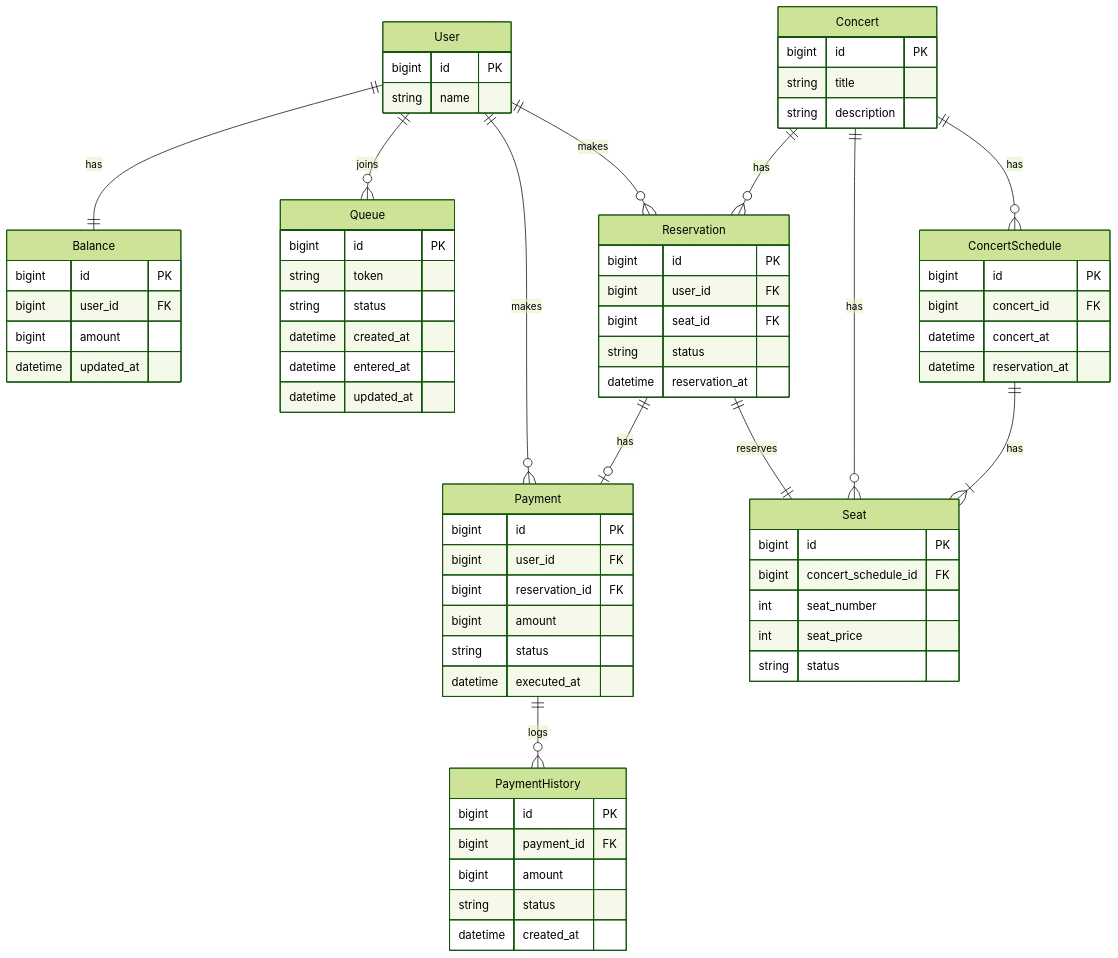
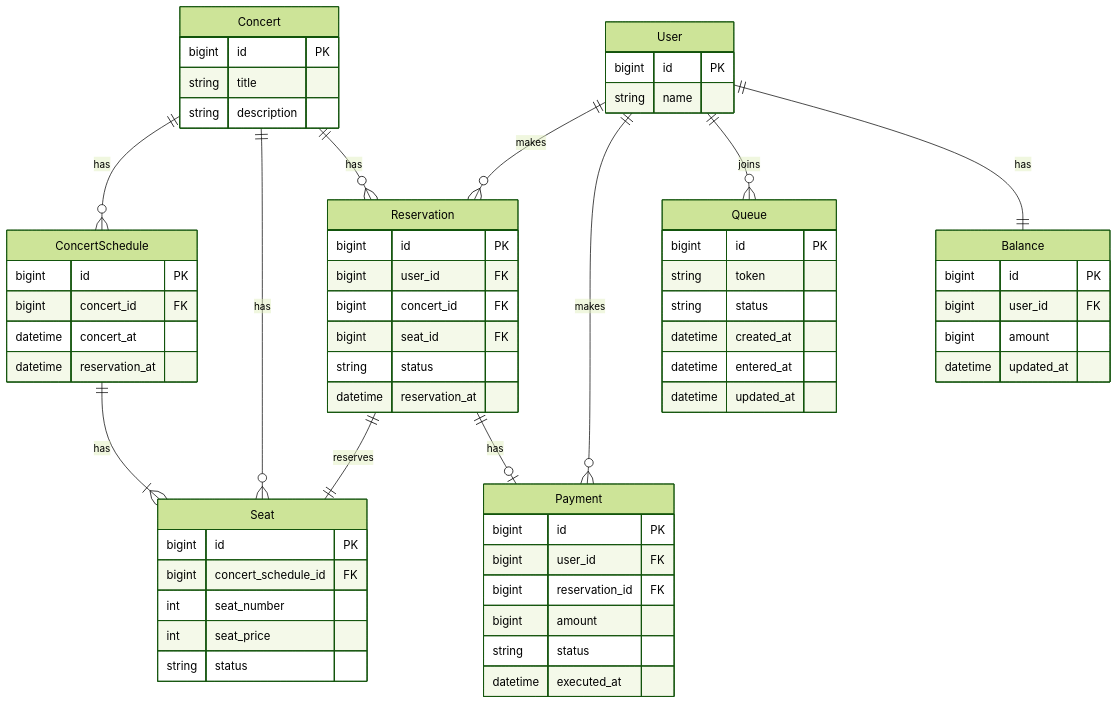
The diagram in docs/concert_erd.mmd (Scope0204/concert), drawn with Mermaid (forest theme) before and after one commit. The commit also changed 9 other files, not shown here.

First line of the commit message:
chore/docs: entity 수정 및 package 변경. ERD 변경 사항 반영.

```diff
--- a/docs/concert_erd.mmd
+++ b/docs/concert_erd.mmd
@@ -1,79 +1,71 @@
 erDiagram
     User ||--o{ Reservation : makes
     User ||--o{ Payment : makes
     User ||--o{ Queue : joins
     User ||--|| Balance : has
     Concert ||--o{ ConcertSchedule : has
     Concert ||--o{ Seat : has
     Concert ||--o{ Reservation : has
     ConcertSchedule ||--|{ Seat : has
     Reservation ||--|| Seat : reserves 
     Reservation ||--o| Payment : has
-    Payment ||--o{ PaymentHistory : logs
 
     User {
         bigint id PK
         string name
     }
 
     Queue { 
         bigint id PK
         string token
         string status
         datetime created_at
         datetime entered_at
         datetime updated_at
     }
 
     Concert {
         bigint id PK
         string title
         string description
     }
 
     ConcertSchedule {
         bigint id PK
         bigint concert_id FK
         datetime concert_at
         datetime reservation_at
     }
 
     Seat {
         bigint id PK
         bigint concert_schedule_id FK
         int seat_number
         int seat_price
         string status
     }
 
     Reservation {
         bigint id PK
         bigint user_id FK
+	bigint concert_id FK 
         bigint seat_id FK
         string status
         datetime reservation_at
     }
 
     Balance {
         bigint id PK
         bigint user_id FK
         bigint amount
         datetime updated_at
     }
 
     Payment {
         bigint id PK
         bigint user_id FK
         bigint reservation_id FK
         bigint amount
         string status
         datetime executed_at
     }
-
-    PaymentHistory {
-        bigint id PK
-        bigint payment_id FK
-        bigint amount
-        string status
-        datetime created_at
-    }
```
